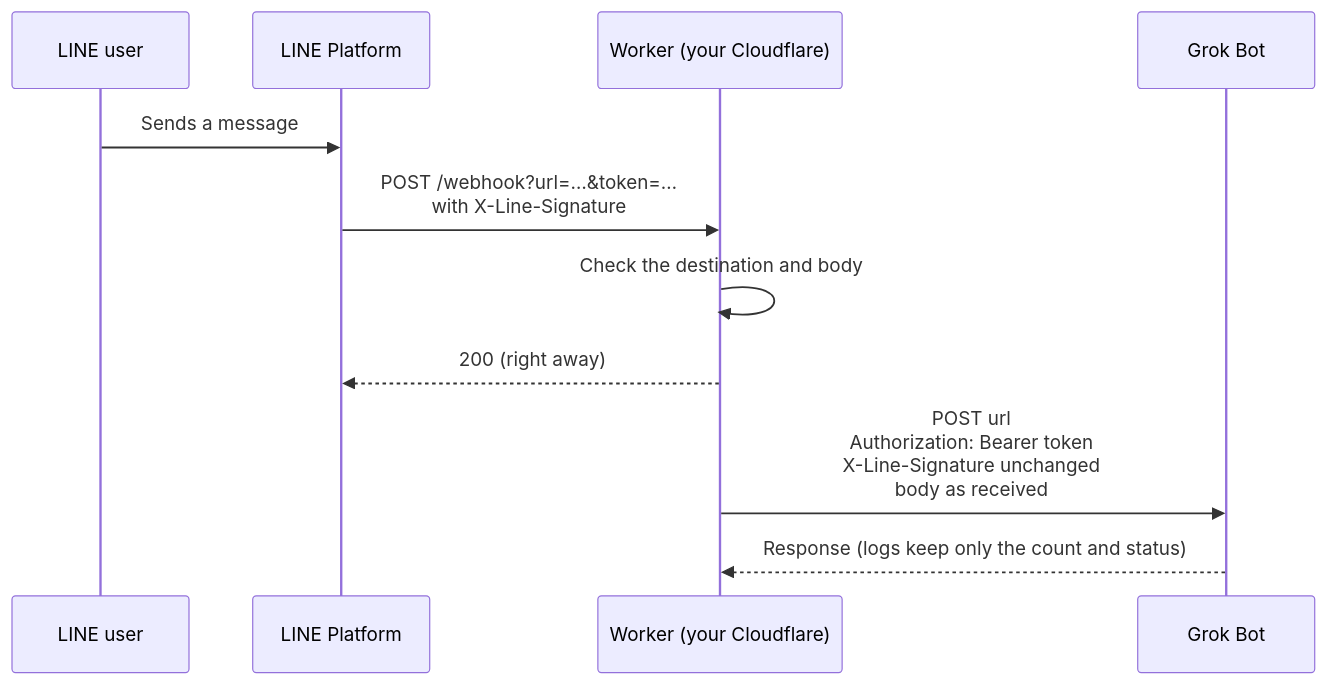
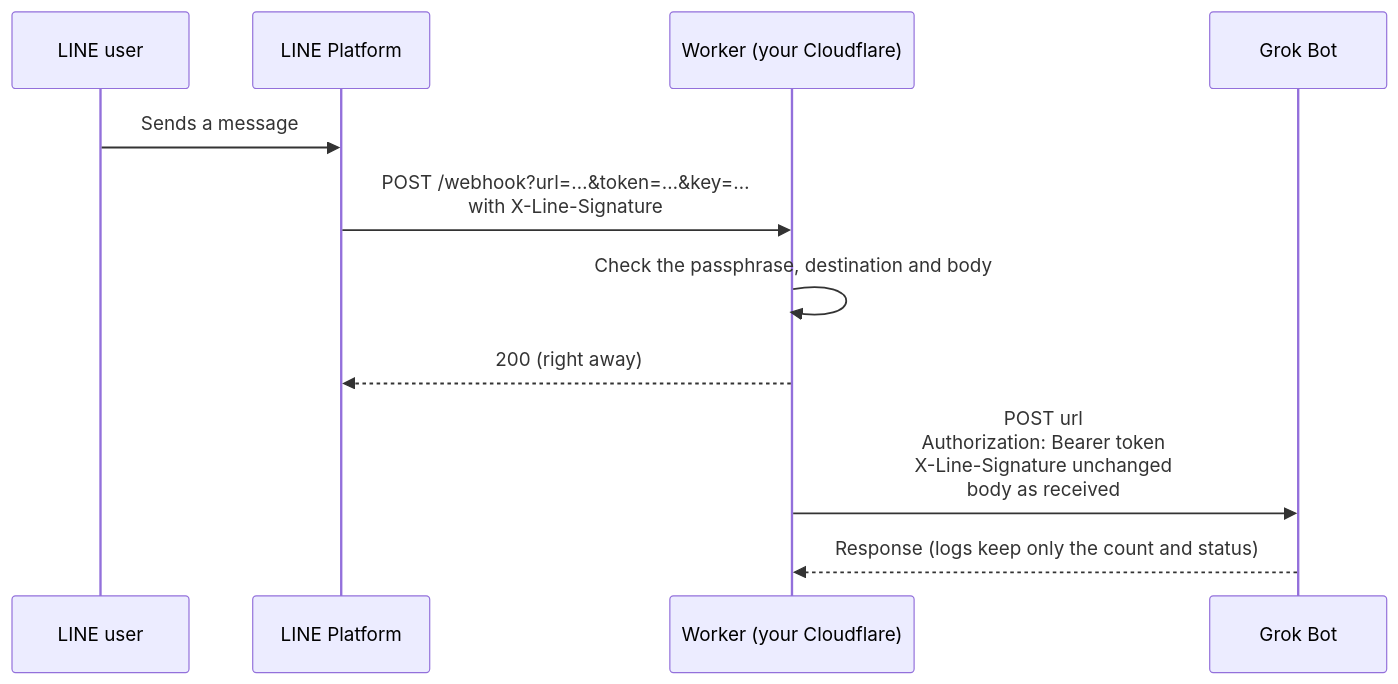
Before and after one commit to keesmark/grok-bot-harness-line: the first of 2 diagrams in README.en.md, drawn with Mermaid. The commit also changed other lines of this file and 6 other files, not shown here.

````diff
--- a/README.en.md
+++ b/README.en.md
@@ -60,14 +57,14 @@
 ```mermaid
 sequenceDiagram
     participant U as LINE user
     participant L as LINE Platform
     participant W as Worker (your Cloudflare)
     participant G as Grok Bot
 
     U->>L: Sends a message
-    L->>W: POST /webhook?url=…&token=…<br/>with X-Line-Signature
-    W->>W: Check the destination and body
+    L->>W: POST /webhook?url=…&token=…&key=…<br/>with X-Line-Signature
+    W->>W: Check the passphrase, destination and body
     W-->>L: 200 (right away)
     W->>G: POST url<br/>Authorization: Bearer token<br/>X-Line-Signature unchanged<br/>body as received
     G-->>W: Response (logs keep only the count and status)
 ```
````
